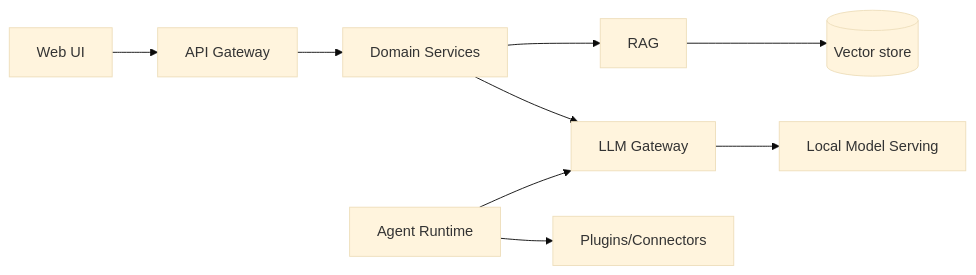
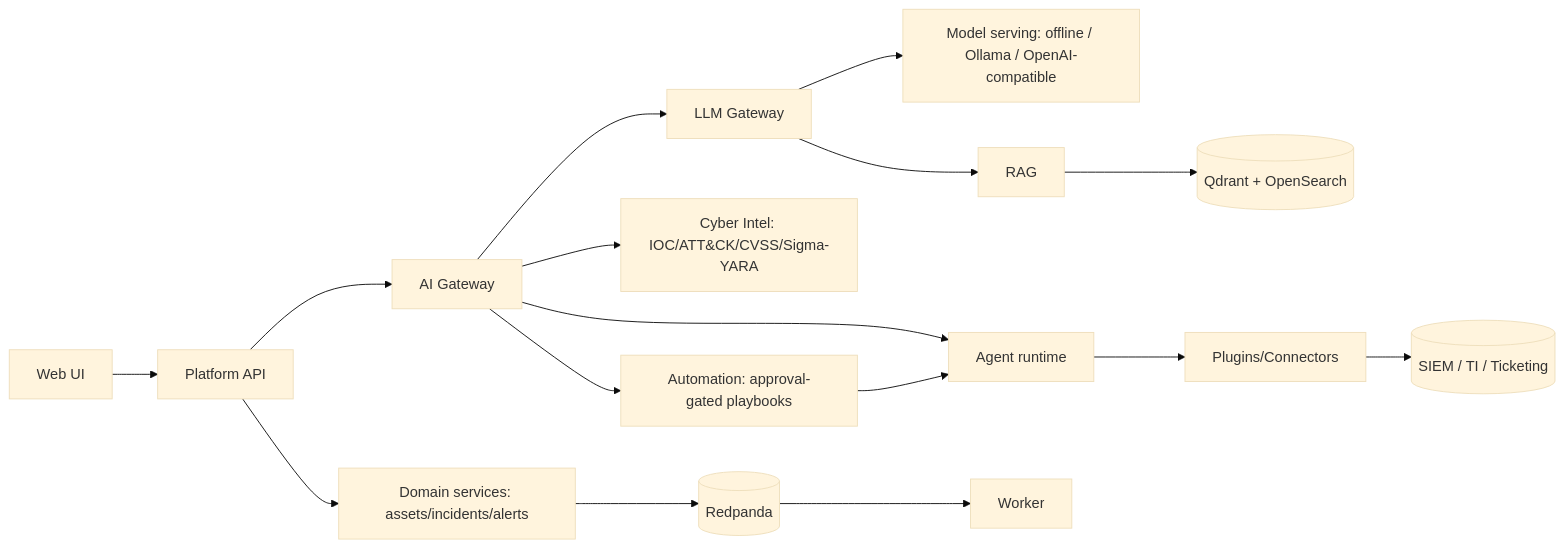
The diagram in README.md (AmanuelFeyissa/dula), drawn with Mermaid (base theme) before and after one commit. The commit also changed other lines of this file and 2 other files, not shown here.

````diff
--- a/README.md
+++ b/README.md
@@ -45,9 +56,12 @@
 ```mermaid
 flowchart LR
-    UI[Web UI] --> API[API Gateway]
-    API --> SVC[Domain Services]
-    SVC --> RAG[RAG] --> VEC[(Vector store)]
-    SVC --> GW[LLM Gateway] --> SERVE[Local Model Serving]
-    ORCH[Agent Runtime] --> CONN[Plugins/Connectors]
-    ORCH --> GW
+    UI[Web UI] --> API[Platform API]
+    API --> DOM[Domain services: assets/incidents/alerts]
+    API --> AIGW[AI Gateway]
+    AIGW --> GW[LLM Gateway] --> SERVE[Model serving: offline / Ollama / OpenAI-compatible]
+    GW --> RAG[RAG] --> VEC[(Qdrant + OpenSearch)]
+    AIGW --> INTEL[Cyber Intel: IOC/ATT&CK/CVSS/Sigma-YARA]
+    AIGW --> AGENTS[Agent runtime] --> CONN[Plugins/Connectors] --> EXT[(SIEM / TI / Ticketing)]
+    AIGW --> AUTO[Automation: approval-gated playbooks] --> AGENTS
+    DOM --> EVT[(Redpanda)] --> WORKER[Worker]
 ```
````
